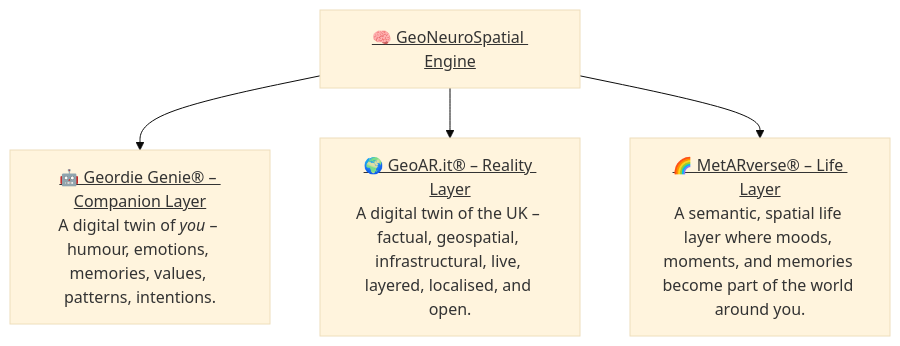
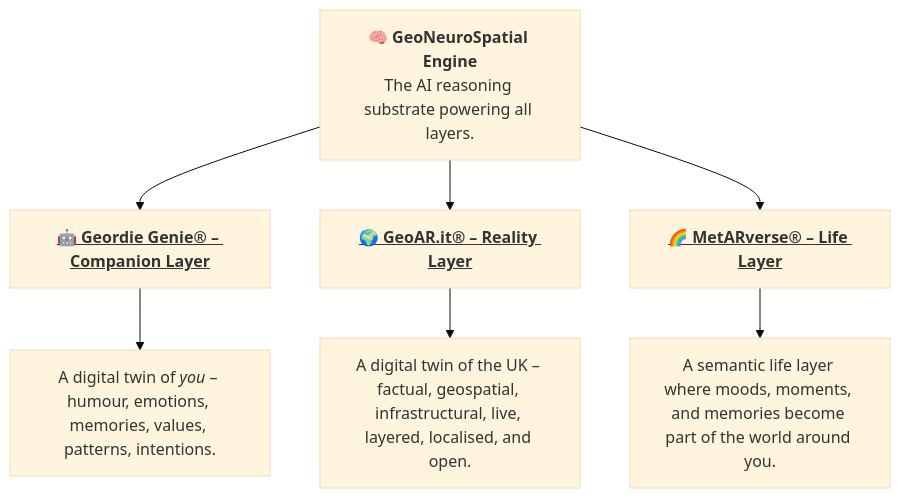
One commit to GeoARit/.github changed the first of 5 diagrams in profile/README.md. Above: the diagram before and after it, drawn with Mermaid (base theme). The commit also changed other lines of this file, not shown here.

````diff
--- a/profile/README.md
+++ b/profile/README.md
@@ -11,13 +11,33 @@
 ```mermaid
 flowchart TD
 
-    GEONEURO["<u>🧠 GeoNeuroSpatial Engine</u>"]
+    %% ===============================
+    %% TITLE NODES (TOP LEVEL)
+    %% ===============================
+    GENIE["<u><b>🤖 Geordie Genie® – Companion Layer</b></u>"]
+    REALITY["<u><b>🌍 GeoAR.it® – Reality Layer</b></u>"]
+    LIFE["<u><b>🌈 MetARverse® – Life Layer</b></u>"]
 
-    GENIE["<u>🤖 Geordie Genie® – Companion Layer</u><br/>A digital twin of <i>you</i> – humour, emotions, memories, values, patterns, intentions."]
-    REALITY["<u>🌍 GeoAR.it® – Reality Layer</u><br/>A digital twin of the UK – factual, geospatial, infrastructural, live, layered, localised, and open."]
-    LIFE["<u>🌈 MetARverse® – Life Layer</u><br/>A semantic, spatial life layer where moods, moments, and memories become part of the world around you."]
+    %% ===============================
+    %% DESCRIPTIONS (SECOND LEVEL)
+    %% ===============================
+    GENIE_DESC["A digital twin of <i>you</i> – humour, emotions, memories, values, patterns, intentions."]
+    REALITY_DESC["A digital twin of the UK – factual, geospatial, infrastructural, live, layered, localised, and open."]
+    LIFE_DESC["A semantic life layer where moods, moments, and memories become part of the world around you."]
 
-    GEONEURO --> GENIE
-    GEONEURO --> REALITY
-    GEONEURO --> LIFE
+    %% Attach descriptions to titles
+    GENIE --> GENIE_DESC
+    REALITY --> REALITY_DESC
+    LIFE --> LIFE_DESC
+
+    %% ===============================
+    %% CORE ENGINE (POWERING ALL THREE)
+    %% ===============================
+    ENGINE["<b>🧠 GeoNeuroSpatial Engine</b><br/>The AI reasoning substrate powering all layers."]
+
+    %% Engine connects upward to each title
+    ENGINE --> GENIE
+    ENGINE --> REALITY
+    ENGINE --> LIFE
+
 ```
````
